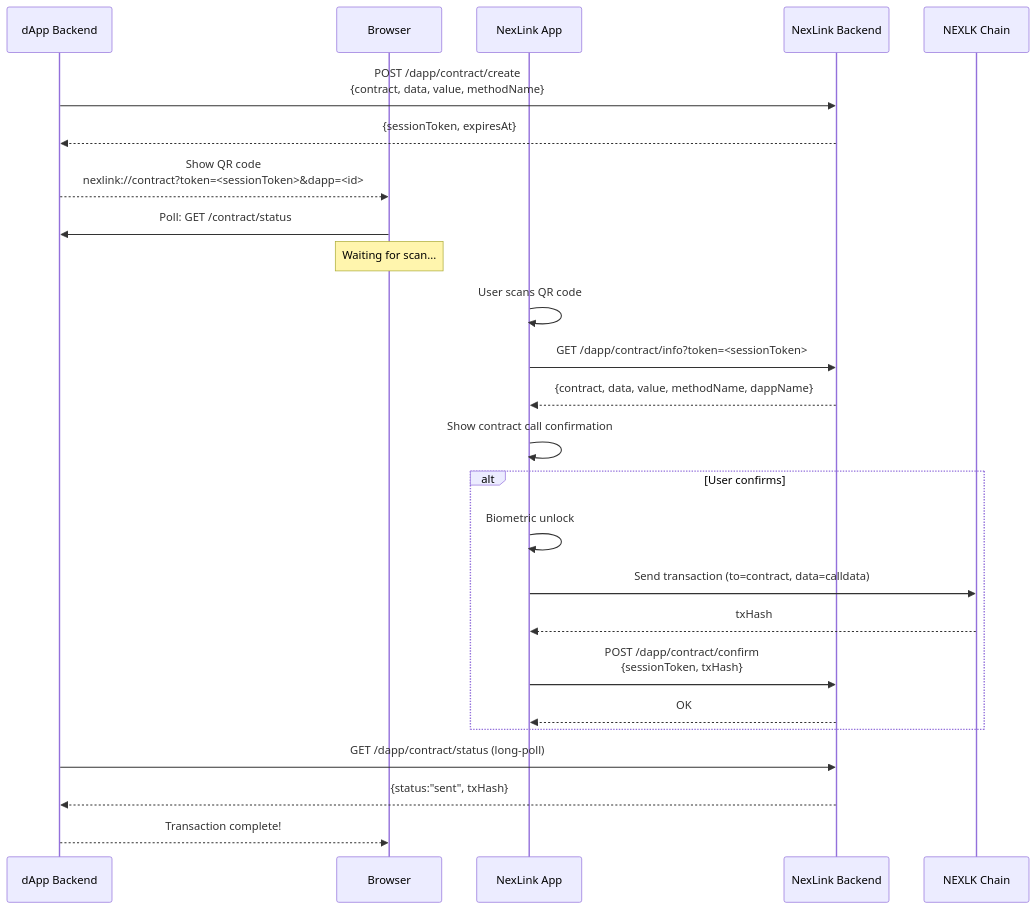
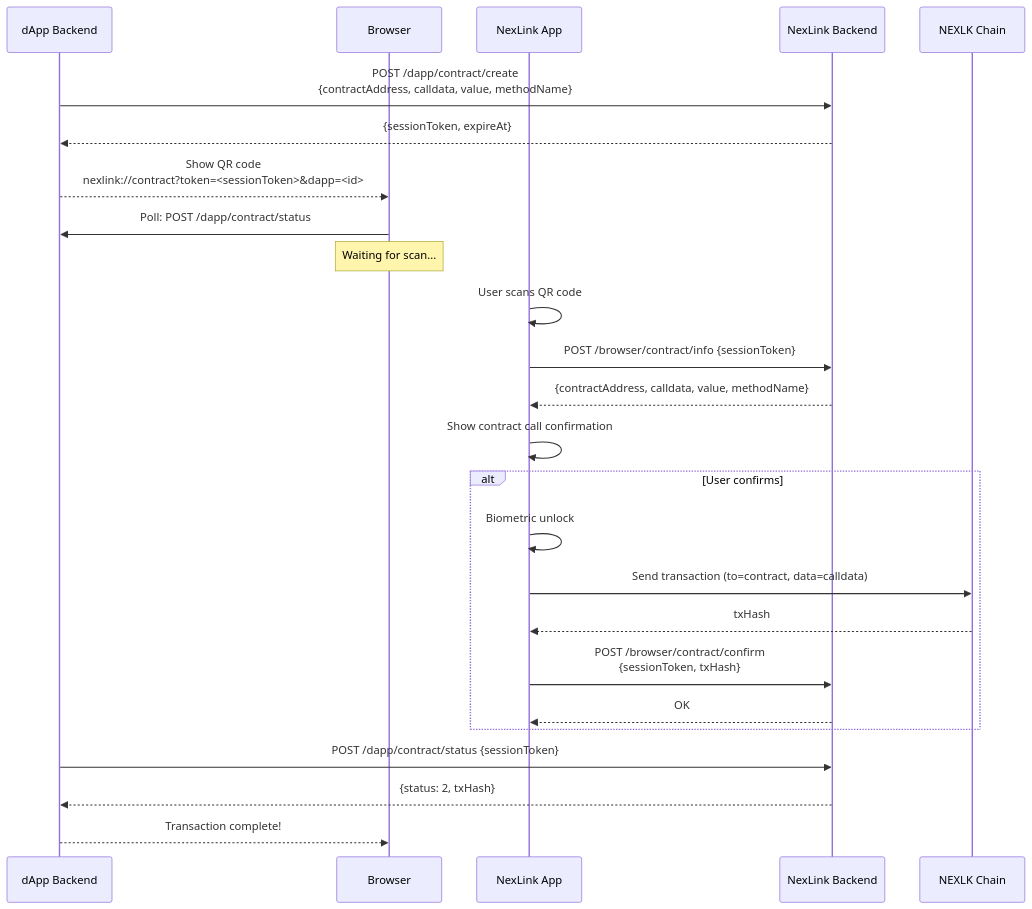
One commit to nexlink-dapp/dapp-docs changed the fourth of 5 diagrams in CONTRACT.md. Above: the diagram before and after it, drawn with Mermaid. The commit also changed other lines of this file and 4 other files, not shown here.

````diff
--- a/CONTRACT.md
+++ b/CONTRACT.md
@@ -383,33 +404,33 @@
 ```mermaid
 sequenceDiagram
     participant DB as dApp Backend
     participant BR as Browser
     participant NL as NexLink App
     participant NB as NexLink Backend
     participant Chain as NEXLK Chain
 
-    DB->>NB: POST /dapp/contract/create<br/>{contract, data, value, methodName}
-    NB-->>DB: {sessionToken, expiresAt}
+    DB->>NB: POST /dapp/contract/create<br/>{contractAddress, calldata, value, methodName}
+    NB-->>DB: {sessionToken, expireAt}
 
     DB-->>BR: Show QR code<br/>nexlink://contract?token=<sessionToken>&dapp=<id>
 
-    BR->>DB: Poll: GET /contract/status
+    BR->>DB: Poll: POST /dapp/contract/status
     Note over BR: Waiting for scan...
 
     NL->>NL: User scans QR code
-    NL->>NB: GET /dapp/contract/info?token=<sessionToken>
-    NB-->>NL: {contract, data, value, methodName, dappName}
+    NL->>NB: POST /browser/contract/info {sessionToken}
+    NB-->>NL: {contractAddress, calldata, value, methodName}
     NL->>NL: Show contract call confirmation
 
     alt User confirms
         NL->>NL: Biometric unlock
         NL->>Chain: Send transaction (to=contract, data=calldata)
         Chain-->>NL: txHash
-        NL->>NB: POST /dapp/contract/confirm<br/>{sessionToken, txHash}
+        NL->>NB: POST /browser/contract/confirm<br/>{sessionToken, txHash}
         NB-->>NL: OK
     end
 
-    DB->>NB: GET /dapp/contract/status (long-poll)
-    NB-->>DB: {status:"sent", txHash}
+    DB->>NB: POST /dapp/contract/status {sessionToken}
+    NB-->>DB: {status: 2, txHash}
     DB-->>BR: Transaction complete!
 ```
````
